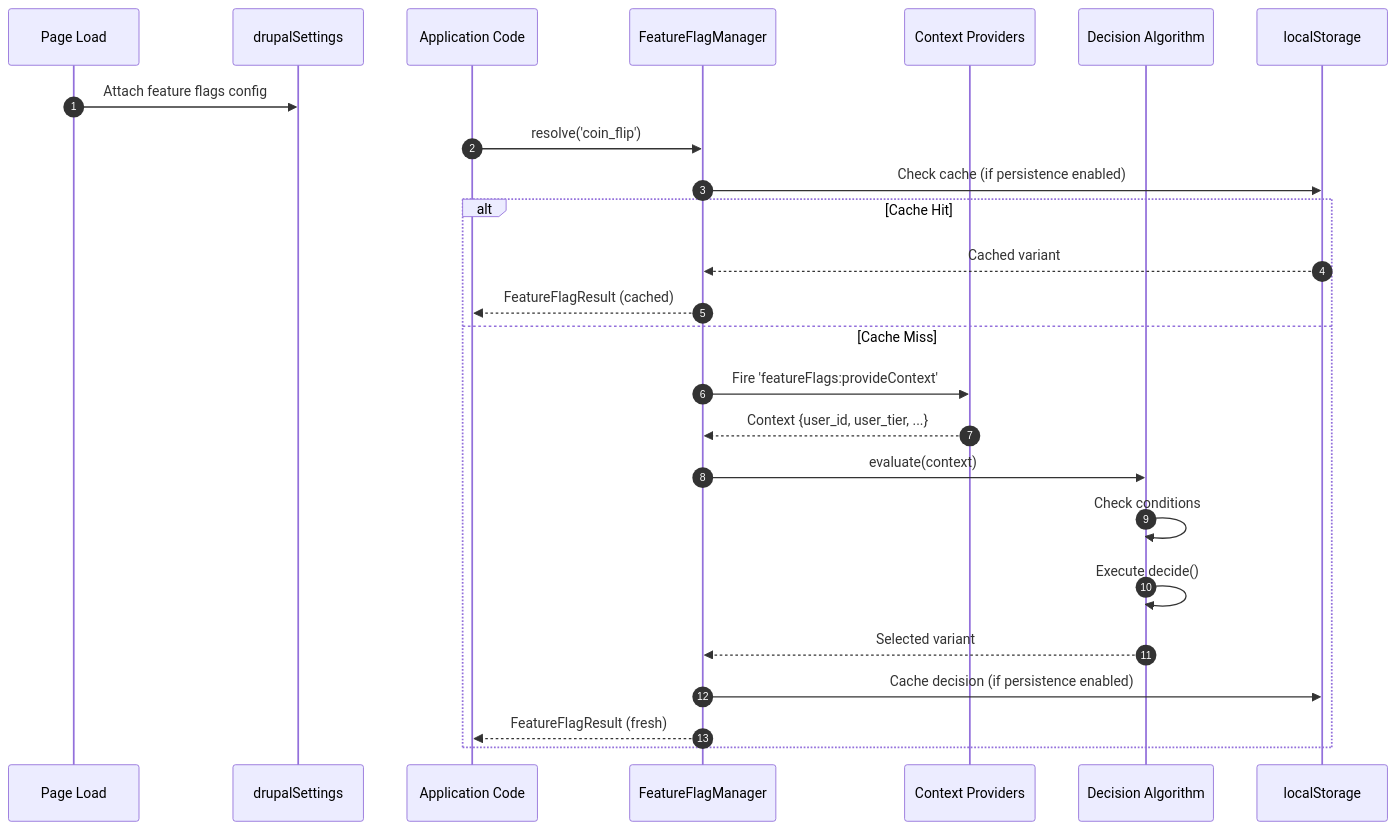
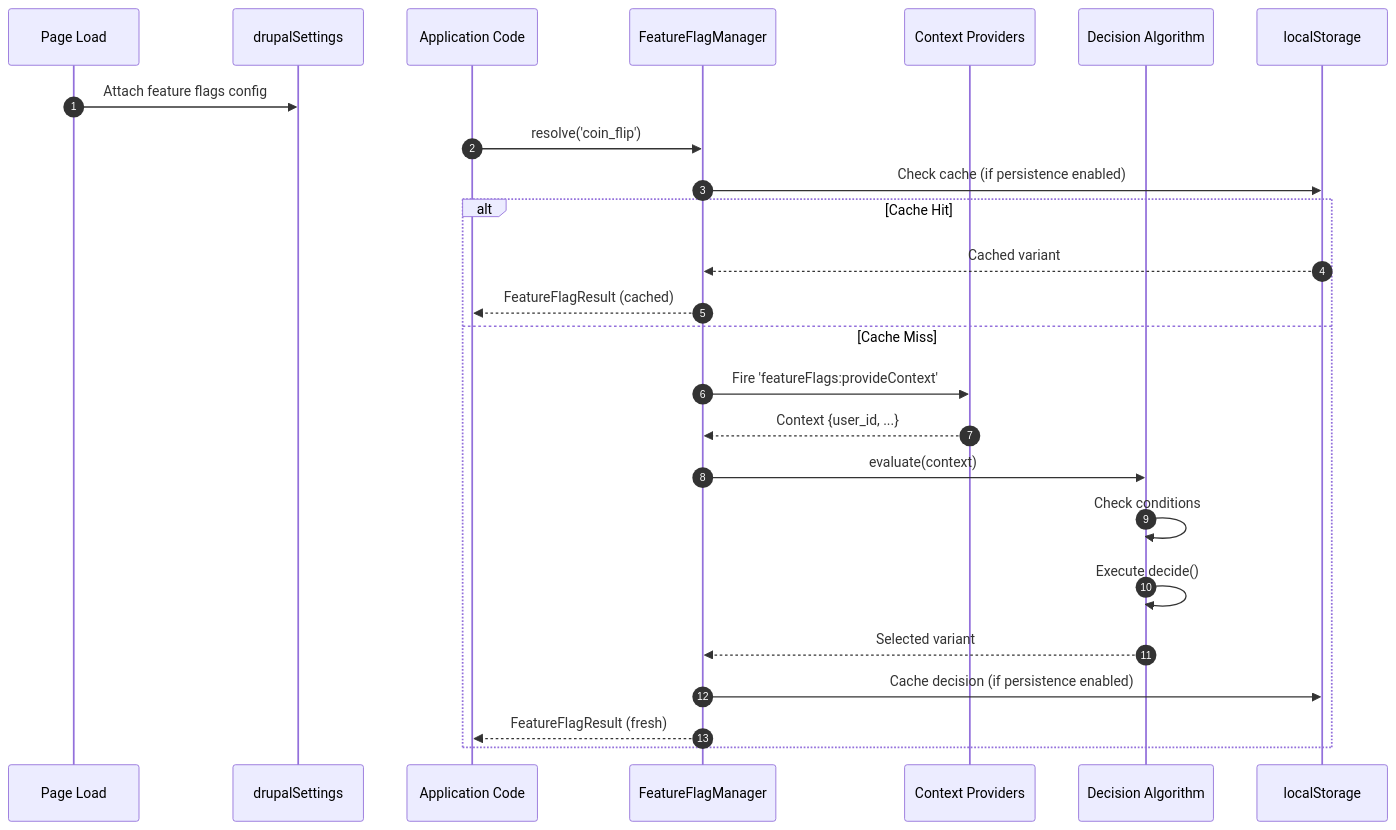
One commit to e0ipso/feature_flags changed the first of 3 diagrams in docs/diagrams.md. Above: the diagram before and after it, drawn with Mermaid. The commit also changed 3 other files, not shown here.

First line of the commit message:
docs: update documentation for new factory-based architecture

````diff
--- a/docs/diagrams.md
+++ b/docs/diagrams.md
@@ -7,28 +7,28 @@
 ```mermaid
 sequenceDiagram
     autonumber
     participant Page as Page Load
     participant Settings as drupalSettings
     participant Code as Application Code
     participant Manager as FeatureFlagManager
     participant Event as Context Providers
     participant Algorithm as Decision Algorithm
     participant Storage as localStorage
 
     Page->>Settings: Attach feature flags config
     Code->>Manager: resolve('coin_flip')
     Manager->>Storage: Check cache (if persistence enabled)
     alt Cache Hit
         Storage-->>Manager: Cached variant
         Manager-->>Code: FeatureFlagResult (cached)
     else Cache Miss
         Manager->>Event: Fire 'featureFlags:provideContext'
-        Event-->>Manager: Context {user_id, user_tier, ...}
+        Event-->>Manager: Context {user_id, ...}
         Manager->>Algorithm: evaluate(context)
         Algorithm->>Algorithm: Check conditions
         Algorithm->>Algorithm: Execute decide()
         Algorithm-->>Manager: Selected variant
         Manager->>Storage: Cache decision (if persistence enabled)
         Manager-->>Code: FeatureFlagResult (fresh)
     end
 ```
````
